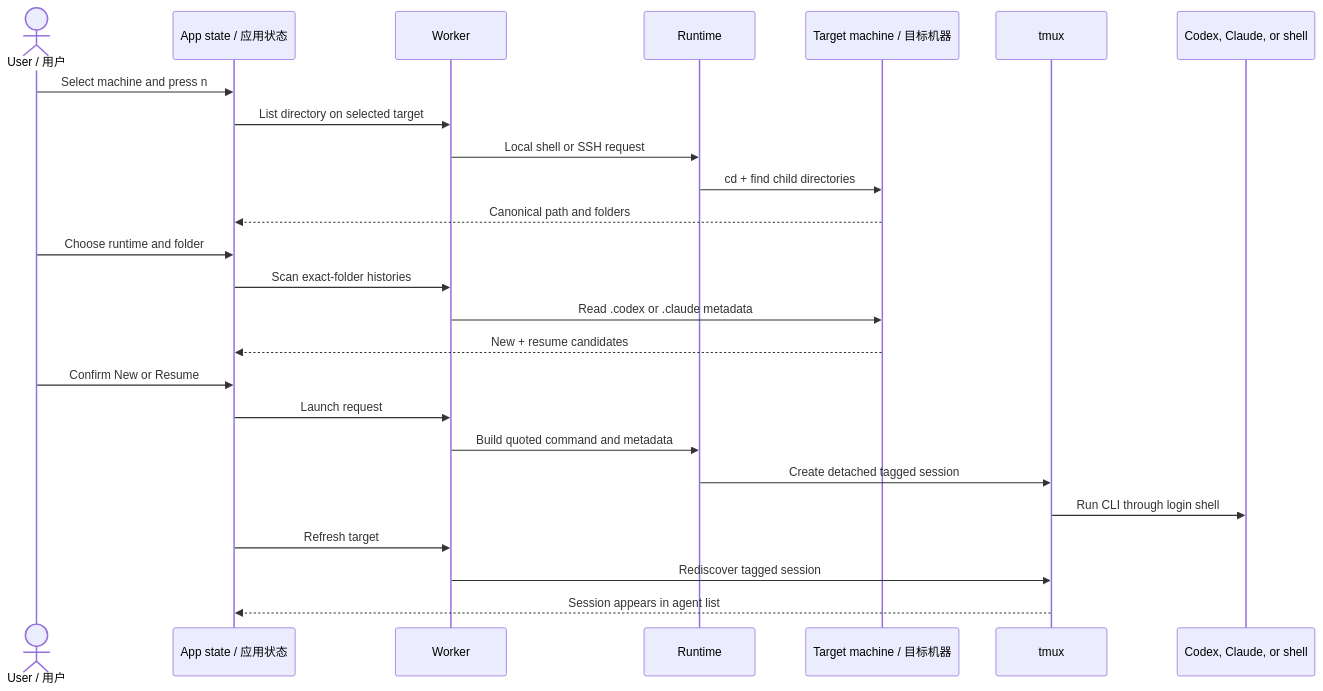
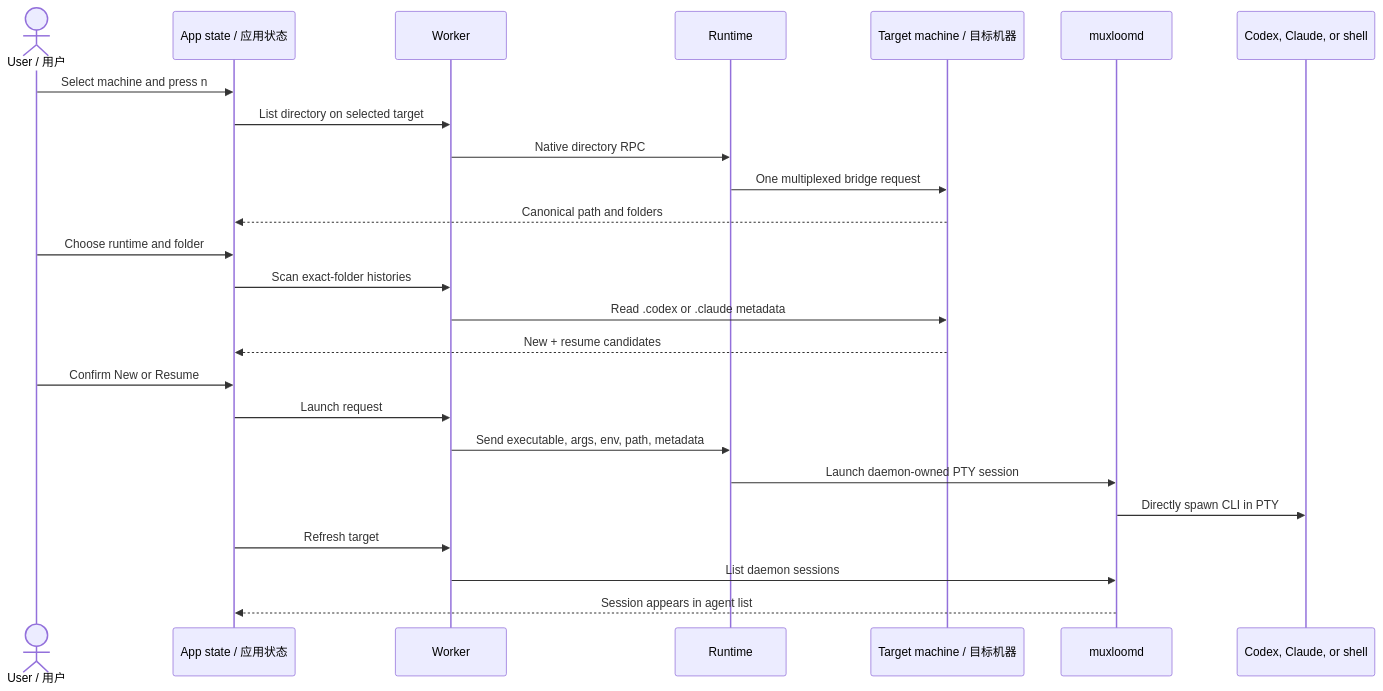
One commit to MarsTechHAN/Muxloom changed the first of 2 diagrams in README.md. Above: the diagram before and after it, drawn with Mermaid. The commit also changed other lines of this file and 15 other files, not shown here.

First line of the commit message:
feat: add standalone muxloomd session runtime

````diff
--- a/README.md
+++ b/README.md
@@ -290,28 +292,28 @@
 ```mermaid
 sequenceDiagram
     actor U as User / 用户
     participant A as App state / 应用状态
     participant W as Worker
     participant R as Runtime
     participant T as Target machine / 目标机器
-    participant M as tmux
+    participant D as muxloomd
     participant C as Codex, Claude, or shell
 
     U->>A: Select machine and press n
     A->>W: List directory on selected target
-    W->>R: Local shell or SSH request
-    R->>T: cd + find child directories
+    W->>R: Native directory RPC
+    R->>T: One multiplexed bridge request
     T-->>A: Canonical path and folders
     U->>A: Choose runtime and folder
     A->>W: Scan exact-folder histories
     W->>T: Read .codex or .claude metadata
     T-->>A: New + resume candidates
     U->>A: Confirm New or Resume
     A->>W: Launch request
-    W->>R: Build quoted command and metadata
-    R->>M: Create detached tagged session
-    M->>C: Run CLI through login shell
+    W->>R: Send executable, args, env, path, metadata
+    R->>D: Launch daemon-owned PTY session
+    D->>C: Directly spawn CLI in PTY
     A->>W: Refresh target
-    W->>M: Rediscover tagged session
-    M-->>A: Session appears in agent list
+    W->>D: List daemon sessions
+    D-->>A: Session appears in agent list
 ```
````
